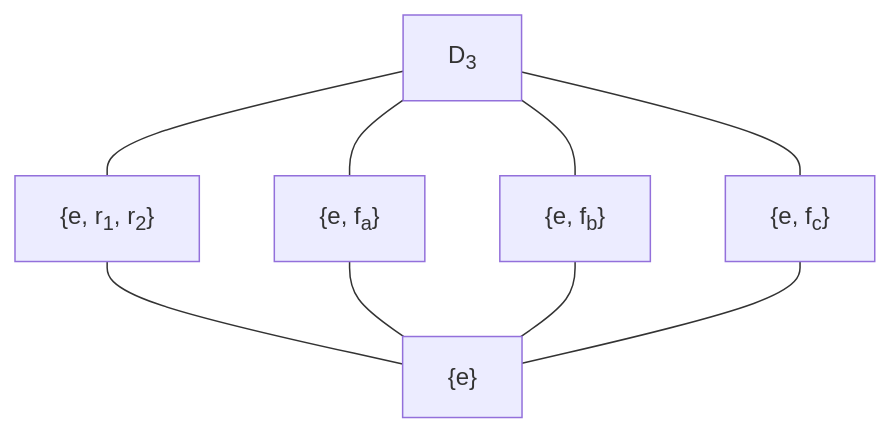
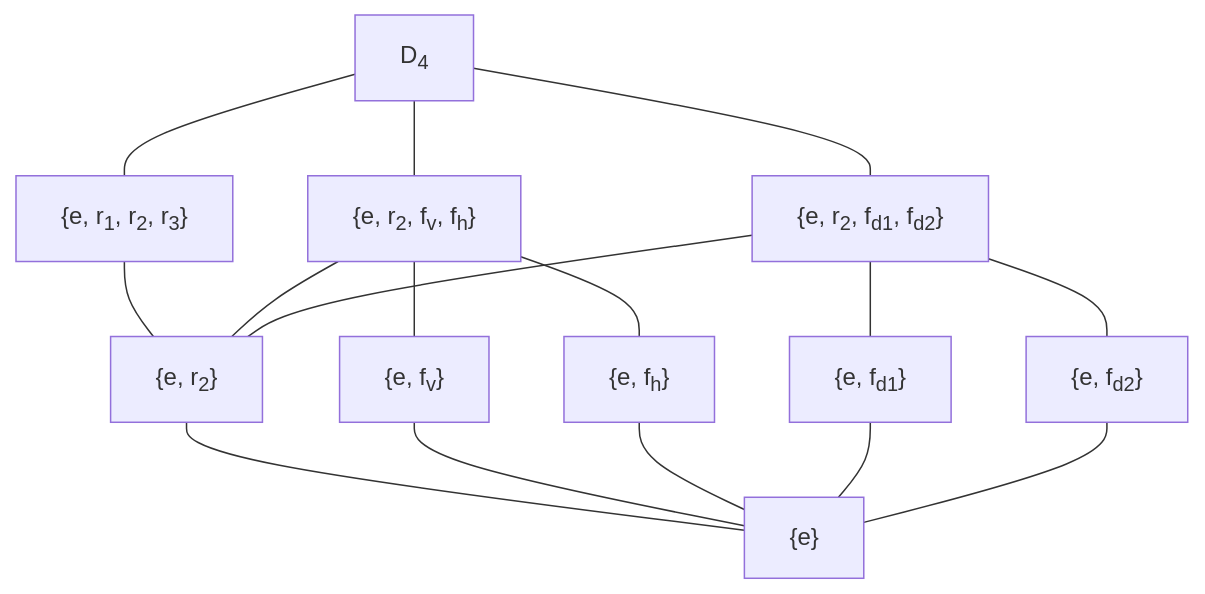
Before and after one commit to gwb-ci/math393: the fourth of 5 diagrams in classes/07/slides.qmd, drawn with Mermaid. The commit also changed other lines of this file and 41 other files, not shown here.

````diff
--- a/classes/07/slides.qmd
+++ b/classes/07/slides.qmd
@@ -176,19 +452,35 @@
 ```{mermaid}
 flowchart TB
-    D3["D<sub>3</sub>"]
-    R["{e, r<sub>1</sub>, r<sub>2</sub>}"]
-    Fa["{e, f<sub>a</sub>}"]
-    Fb["{e, f<sub>b</sub>}"]
-    Fc["{e, f<sub>c</sub>}"]
+    D4["D<sub>4</sub>"]
+
+    R["{e, r<sub>1</sub>, r<sub>2</sub>, r<sub>3</sub>}"]
+    VH["{e, r<sub>2</sub>, f<sub>v</sub>, f<sub>h</sub>}"]
+    DD["{e, r<sub>2</sub>, f<sub>d1</sub>, f<sub>d2</sub>}"]
+
+    R2["{e, r<sub>2</sub>}"]
+    FV["{e, f<sub>v</sub>}"]
+    FH["{e, f<sub>h</sub>}"]
+    FD1["{e, f<sub>d1</sub>}"]
+    FD2["{e, f<sub>d2</sub>}"]
+
     E["{e}"]
 
-    D3 --- R
-    D3 --- Fa
-    D3 --- Fb
-    D3 --- Fc
+    D4 --- R
+    D4 --- VH
+    D4 --- DD
 
-    R --- E
-    Fa --- E
-    Fb --- E
-    Fc --- E
+    R --- R2
+    VH --- R2
+    DD --- R2
+
+    VH --- FV
+    VH --- FH
+    DD --- FD1
+    DD --- FD2
+
+    R2 --- E
+    FV --- E
+    FH --- E
+    FD1 --- E
+    FD2 --- E
 ```
````
